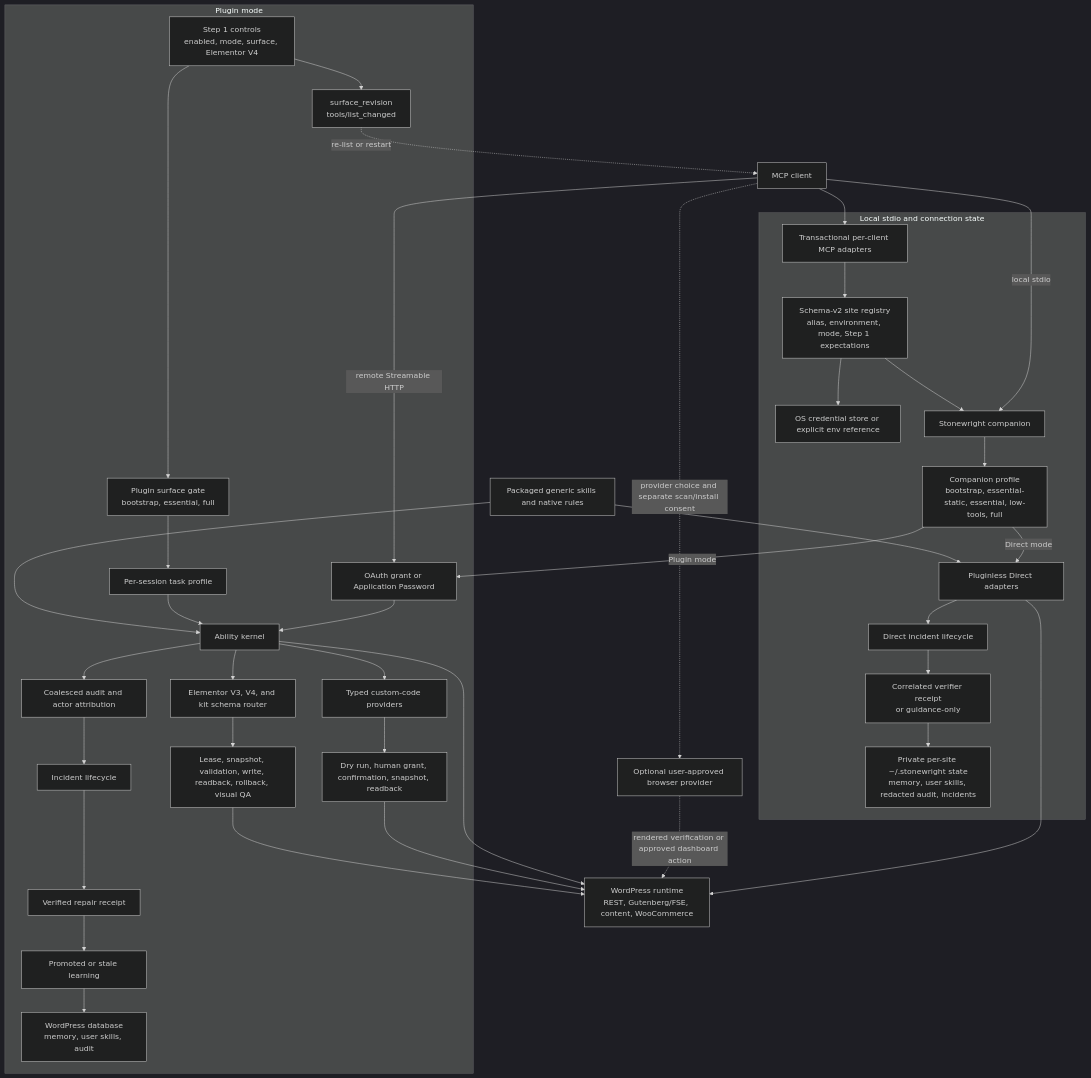
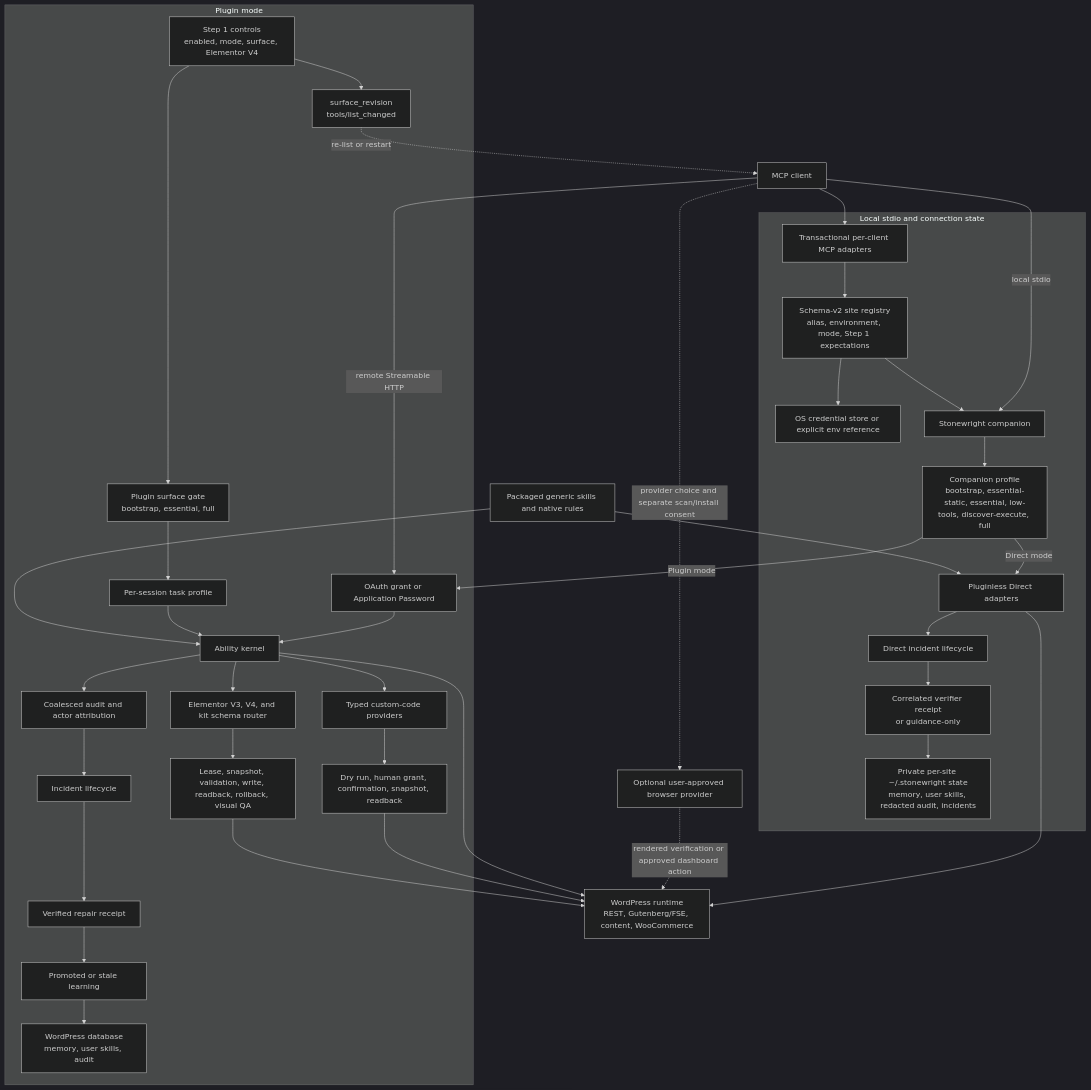
Before and after one commit to cosmincraciun97/stonewright-wp-mcp: the diagram in docs/architecture.md, drawn with Mermaid (dark theme). The commit also changed other lines of this file and 17 other files, not shown here.

````diff
--- a/docs/architecture.md
+++ b/docs/architecture.md
@@ -16,59 +16,59 @@
 ```mermaid
 flowchart TD
     Client["MCP client"]
     Browser["Optional user-approved browser provider"]
 
     subgraph Local["Local stdio and connection state"]
         ClientConfig["Transactional per-client MCP adapters"]
         Registry["Schema-v2 site registry<br/>alias, environment, mode, Step 1 expectations"]
         Credentials["OS credential store or explicit env reference"]
         Companion["Stonewright companion"]
-        CompanionProfile["Companion profile<br/>bootstrap, essential-static, essential, low-tools, full"]
+        CompanionProfile["Companion profile<br/>bootstrap, essential-static, essential, low-tools, discover-execute, full"]
         Direct["Pluginless Direct adapters"]
         DirectState["Private per-site ~/.stonewright state<br/>memory, user skills, redacted audit, incidents"]
         DirectIncidents["Direct incident lifecycle"]
         DirectReceipt["Correlated verifier receipt<br/>or guidance-only"]
     end
 
     subgraph PluginMode["Plugin mode"]
         Auth["OAuth grant or Application Password"]
         Step1["Step 1 controls<br/>enabled, mode, surface, Elementor V4"]
         Surface["Plugin surface gate<br/>bootstrap, essential, full"]
         Session["Per-session task profile"]
         Revision["surface_revision<br/>tools/list_changed"]
         Plugin["Ability kernel"]
         Code["Typed custom-code providers"]
         Approval["Dry run, human grant, confirmation, snapshot, readback"]
         Elementor["Elementor V3, V4, and kit schema router"]
         Closure["Lease, snapshot, validation, write, readback, rollback, visual QA"]
         Audit["Coalesced audit and actor attribution"]
         Incidents["Incident lifecycle"]
         RepairReceipt["Verified repair receipt"]
         Learning["Promoted or stale learning"]
         PluginState["WordPress database<br/>memory, user skills, audit"]
     end
 
     WordPress["WordPress runtime<br/>REST, Gutenberg/FSE, content, WooCommerce"]
     Builtins["Packaged generic skills and native rules"]
 
     Client -->|"local stdio"| Companion
     Client -->|"remote Streamable HTTP"| Auth
     Client --> ClientConfig
     ClientConfig --> Registry --> Credentials
     Registry --> Companion --> CompanionProfile
     CompanionProfile -->|"Plugin mode"| Auth
     CompanionProfile -->|"Direct mode"| Direct
     Direct --> WordPress
     Direct --> DirectIncidents --> DirectReceipt --> DirectState
     Auth --> Plugin
     Step1 --> Surface --> Session --> Plugin
     Step1 --> Revision -. "re-list or restart" .-> Client
     Plugin --> WordPress
     Plugin --> Code --> Approval --> WordPress
     Plugin --> Elementor --> Closure --> WordPress
     Plugin --> Audit --> Incidents --> RepairReceipt --> Learning --> PluginState
     Builtins --> Plugin
     Builtins --> Direct
     Client -. "provider choice and separate scan/install consent" .-> Browser
     Browser -. "rendered verification or approved dashboard action" .-> WordPress
 ```
````
